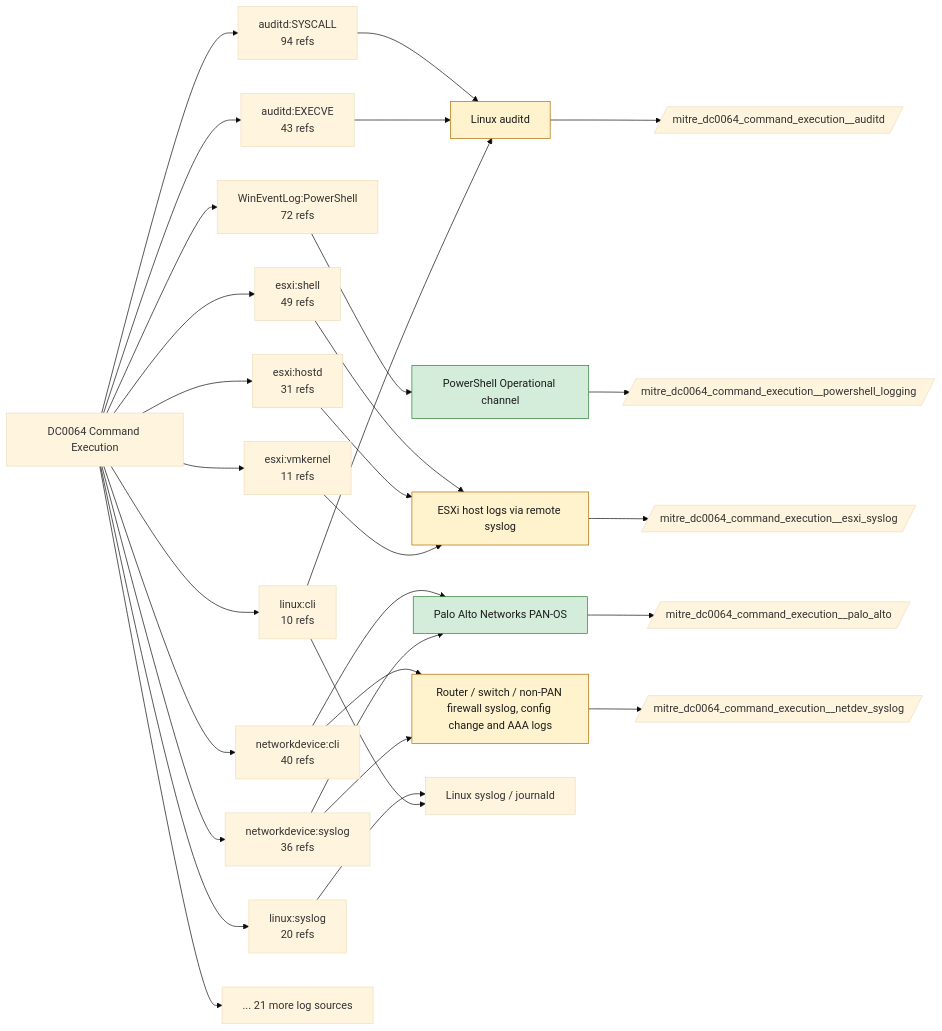
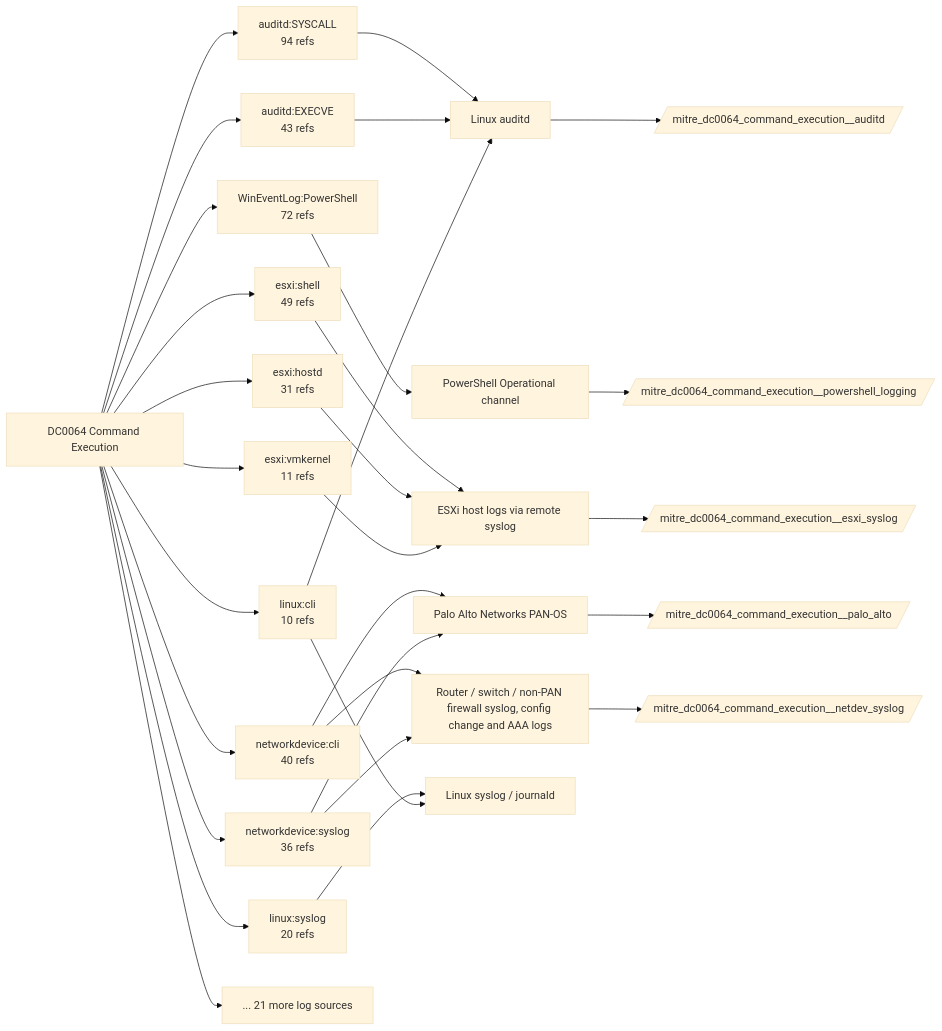
Before and after one commit to dev-nobytes-io/mitre-defensive-mappings-spl: the diagram in docs/data-components/DC0064-command-execution.md, drawn with Mermaid (base theme). The commit also changed other lines of this file and 366 other files, not shown here.

````diff
--- a/docs/data-components/DC0064-command-execution.md
+++ b/docs/data-components/DC0064-command-execution.md
@@ -19,46 +19,39 @@
 ```mermaid
 flowchart LR
   DC["DC0064 Command Execution"]
   DC --> LS0["auditd:SYSCALL<br/>94 refs"]
   F_auditd["Linux auditd"]
   LS0 --> F_auditd
   DC --> LS1["WinEventLog:PowerShell<br/>72 refs"]
   F_powershell_logging["PowerShell Operational channel"]
   LS1 --> F_powershell_logging
   DC --> LS2["esxi:shell<br/>49 refs"]
   F_esxi_syslog["ESXi host logs via remote syslog"]
   LS2 --> F_esxi_syslog
   DC --> LS3["auditd:EXECVE<br/>43 refs"]
   LS3 --> F_auditd
   DC --> LS4["networkdevice:cli<br/>40 refs"]
   F_palo_alto["Palo Alto Networks PAN-OS"]
   LS4 --> F_palo_alto
   F_netdev_syslog["Router / switch / non-PAN firewall syslog, config change and AAA logs"]
   LS4 --> F_netdev_syslog
   DC --> LS5["networkdevice:syslog<br/>36 refs"]
   LS5 --> F_palo_alto
   LS5 --> F_netdev_syslog
   DC --> LS6["esxi:hostd<br/>31 refs"]
   LS6 --> F_esxi_syslog
   DC --> LS7["linux:syslog<br/>20 refs"]
   F_linux_syslog["Linux syslog / journald"]
   LS7 --> F_linux_syslog
   DC --> LS8["esxi:vmkernel<br/>11 refs"]
   LS8 --> F_esxi_syslog
   DC --> LS9["linux:cli<br/>10 refs"]
   LS9 --> F_auditd
   LS9 --> F_linux_syslog
   DC --> MORE["... 21 more log sources"]
+  F_auditd --> ET_auditd[/"mitre_dc0064_command_execution__auditd"/]
+  F_esxi_syslog --> ET_esxi_syslog[/"mitre_dc0064_command_execution__esxi_syslog"/]
+  F_netdev_syslog --> ET_netdev_syslog[/"mitre_dc0064_command_execution__netdev_syslog"/]
   F_palo_alto --> ET_palo_alto[/"mitre_dc0064_command_execution__palo_alto"/]
-  class F_palo_alto live
   F_powershell_logging --> ET_powershell_logging[/"mitre_dc0064_command_execution__powershell_logging"/]
-  class F_powershell_logging live
-  F_auditd --> ET_auditd[/"mitre_dc0064_command_execution__auditd"/]
-  class F_auditd ready
-  F_esxi_syslog --> ET_esxi_syslog[/"mitre_dc0064_command_execution__esxi_syslog"/]
-  class F_esxi_syslog ready
-  F_netdev_syslog --> ET_netdev_syslog[/"mitre_dc0064_command_execution__netdev_syslog"/]
-  class F_netdev_syslog ready
-  classDef live fill:#d4edda,stroke:#2e7d32,color:#1b1b1b
-  classDef ready fill:#fff3cd,stroke:#b26a00,color:#1b1b1b
 ```
````
